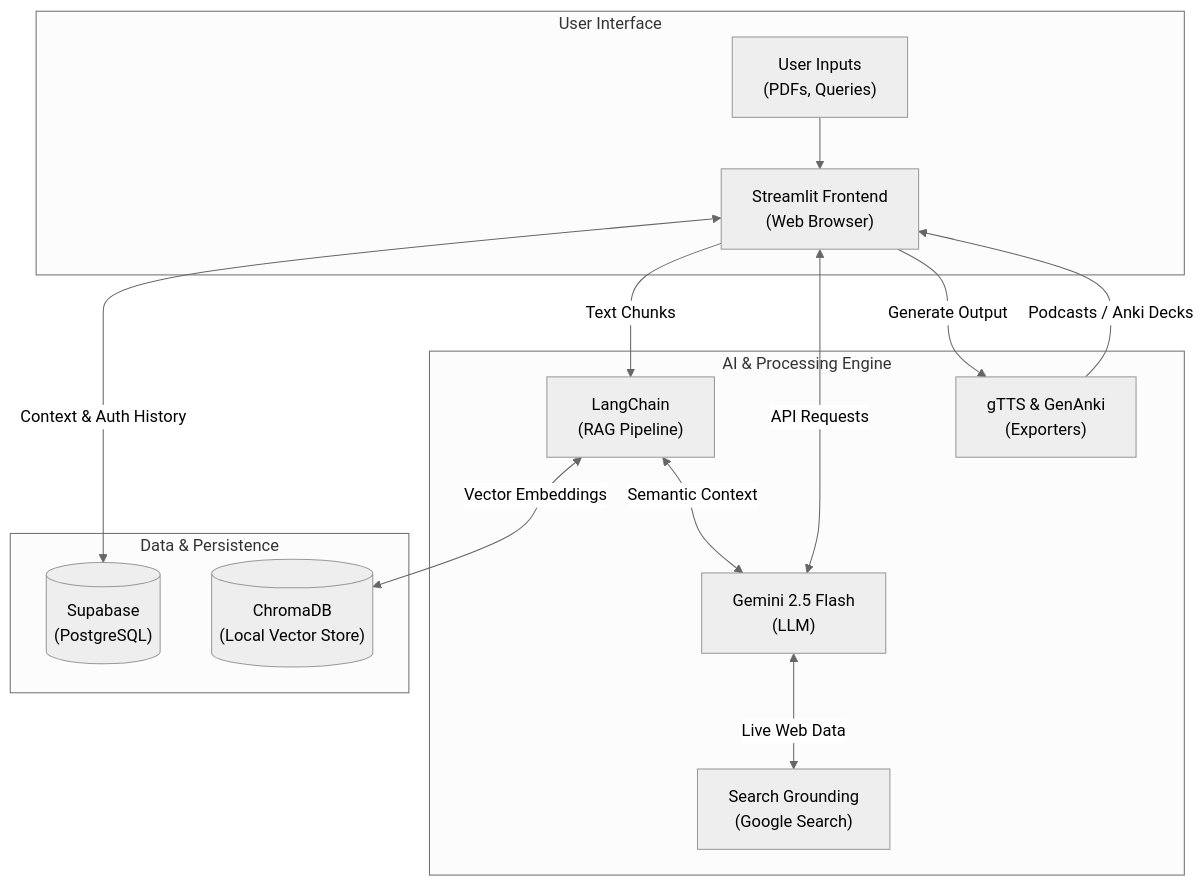
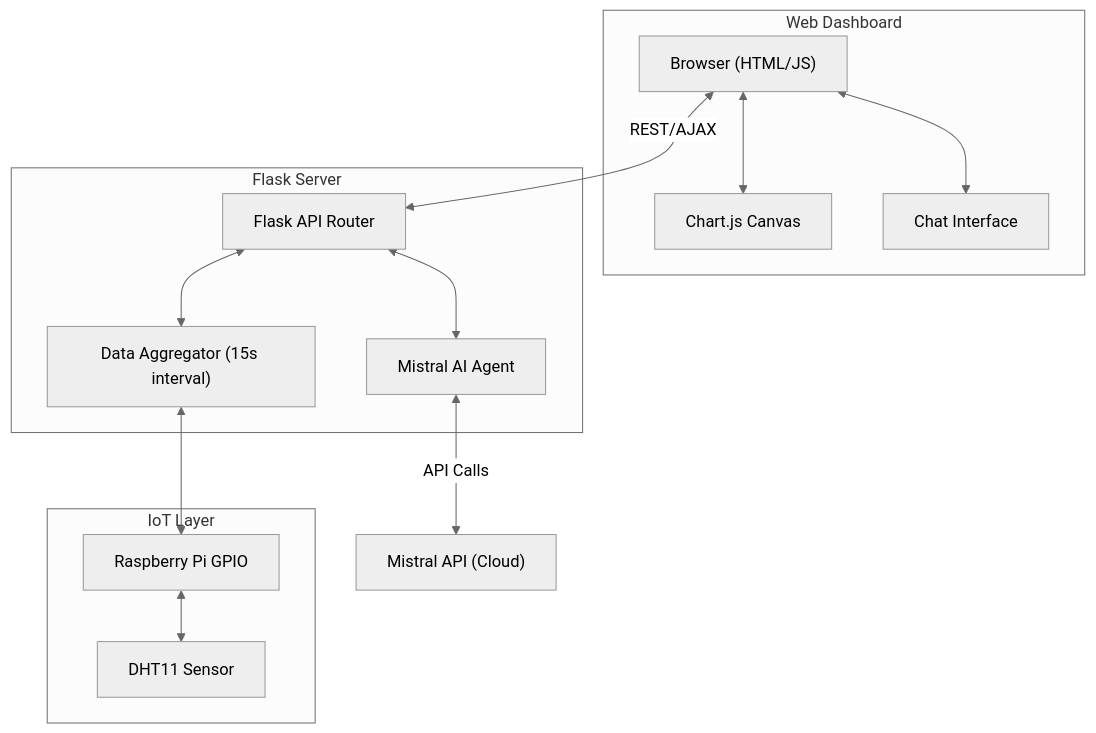
Before and after one commit to JaleedAhmad/weather-chat-dashboard: the diagram in README.md, drawn with Mermaid (neutral theme). The commit also changed other lines of this file, not shown here.

First line of the commit message:
Revise README for Weather & Chat Dashboard

````diff
--- a/README.md
+++ b/README.md
@@ -61,33 +45,32 @@
 ```mermaid
 graph TD
     %% Client Layer
-    subgraph Client [User Interface]
-        A["Streamlit Frontend \n (Web Browser)"]
-        B["User Inputs \n (PDFs, Queries)"]
-        B --> A
+    subgraph Client [Web Dashboard]
+        A["Browser (HTML/JS)"]
+        B["Chart.js Canvas"]
+        C["Chat Interface"]
+        A <--> B
+        A <--> C
     end
 
-    %% Cloud/Data Layer
-    subgraph Data [Data & Persistence]
-        C[("Supabase \n (PostgreSQL)")]
-        D[("ChromaDB \n (Local Vector Store)")]
+    %% API Layer
+    subgraph Backend [Flask Server]
+        D["Flask API Router"]
+        E["Data Aggregator (15s interval)"]
+        F["Mistral AI Agent"]
+        D <--> E
+        D <--> F
     end
 
-    %% Inference/AI Layer
-    subgraph Inference [AI & Processing Engine]
-        E["Gemini 2.5 Flash \n (LLM)"]
-        F["Search Grounding \n (Google Search)"]
-        G["LangChain \n (RAG Pipeline)"]
-        H["gTTS & GenAnki \n (Exporters)"]
+    %% Hardware Layer
+    subgraph Hardware [IoT Layer]
+        G["Raspberry Pi GPIO"]
+        H["DHT11 Sensor"]
+        G <--> H
     end
 
     %% Connections
-    A <-->|Context & Auth History| C
-    A -->|Text Chunks| G
-    G <-->|Vector Embeddings| D
-    G <-->|Semantic Context| E
-    A <-->|API Requests| E
-    E <-->|Live Web Data| F
-    A -->|Generate Output| H
-    H -->|Podcasts / Anki Decks| A
+    A <-->|REST/AJAX| D
+    E <--> G
+    F <-->|API Calls| I["Mistral API (Cloud)"]
 ```
````
